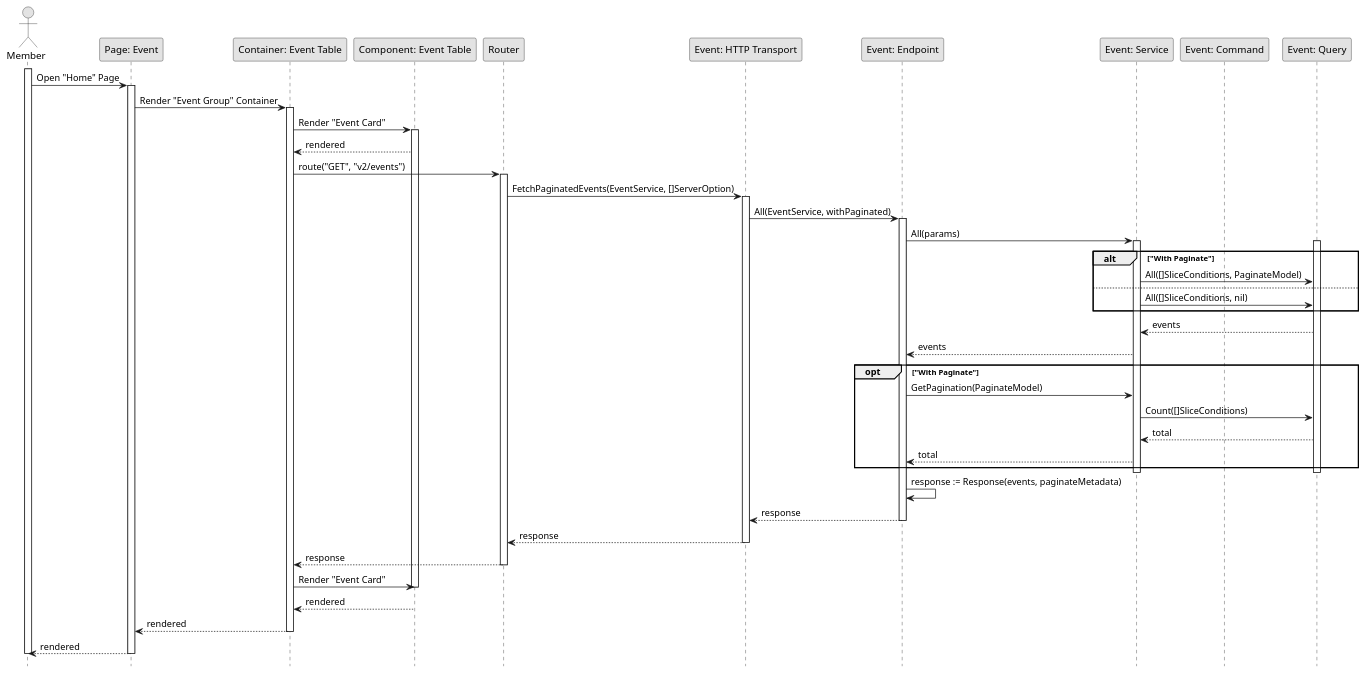
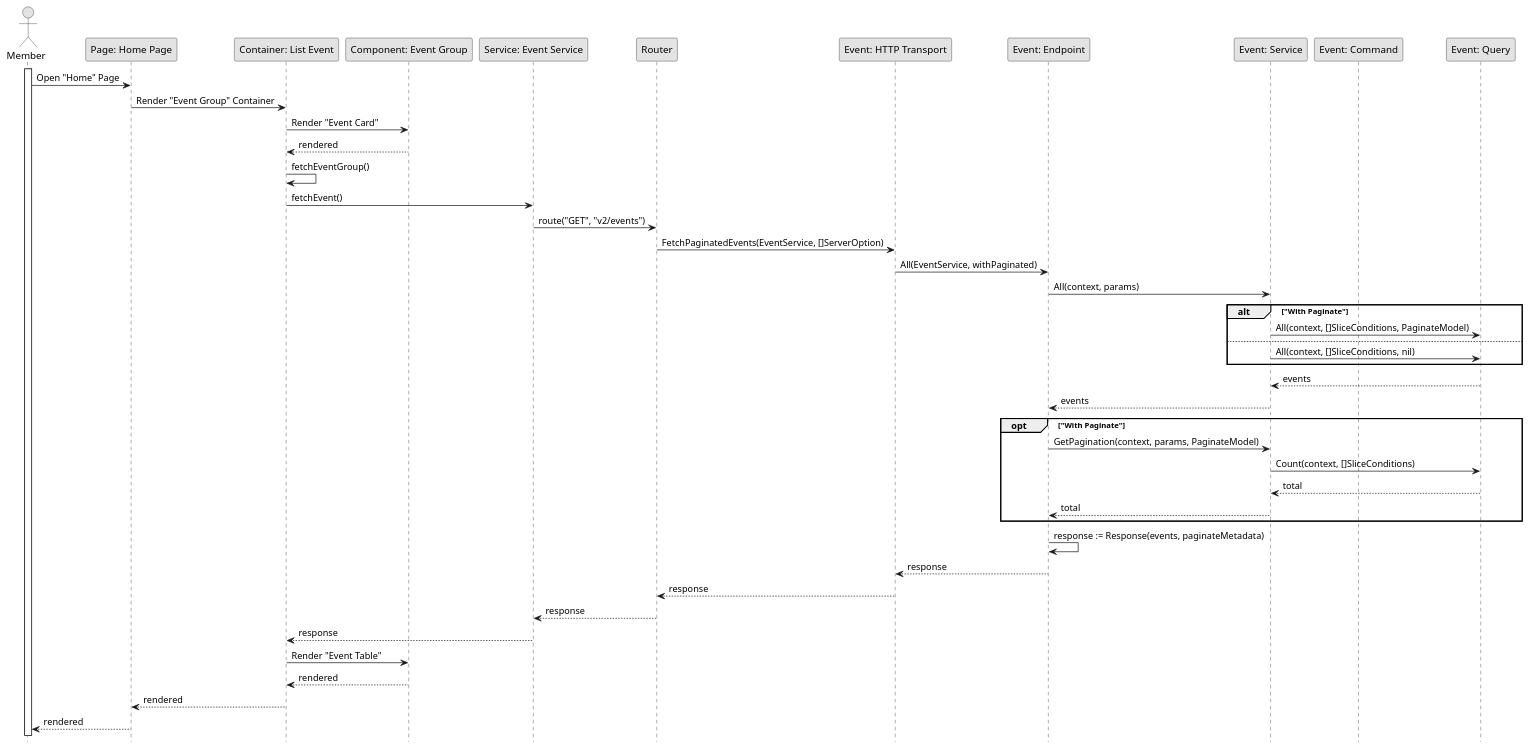
The diagram in Sequence/Release01/GetEvent_Member.wsd (fwidjaya20/fazzlearning-uml), drawn with PlantUML before and after one commit. The commit also changed 38 other files, not shown here.

Commit message:
fix(sequence): fix invalid sequence flow

```diff
--- a/Sequence/Release01/GetEvent_Member.wsd
+++ b/Sequence/Release01/GetEvent_Member.wsd
@@ -1,71 +1,57 @@
 @startuml GetEvent_Member
 
 skinparam Monochrome true
 skinparam Shadowing false
 hide footbox
 
 actor Member
-participant "Page: Event" as EventPage
-participant "Container: Event Table" as EventTableContainer
-participant "Component: Event Table" as EventTable
+participant "Page: Home Page" as HomePage
+participant "Container: List Event" as ListEventContainer
+participant "Component: Event Group" as EventGroup
+participant "Service: Event Service" as FEEventService
 participant "Router" as Router
 participant "Event: HTTP Transport" as EventHTTPTransport
 participant "Event: Endpoint" as EventEndpoint
 participant "Event: Service" as EventService
 participant "Event: Command" as EventCommand
 participant "Event: Query" as EventQuery
 
 activate Member
 
-Member->EventPage: Open "Home" Page
-activate EventPage
-EventPage->EventTableContainer: Render "Event Group" Container
-activate EventTableContainer
-EventTableContainer->EventTable: Render "Event Card"
-activate EventTable
-EventTable-->EventTableContainer: rendered
-EventTableContainer->Router: route("GET", "v2/events")
-activate Router
+Member->HomePage: Open "Home" Page
+HomePage->ListEventContainer: Render "Event Group" Container
+ListEventContainer->EventGroup: Render "Event Card"
+EventGroup-->ListEventContainer: rendered
+ListEventContainer->ListEventContainer: fetchEventGroup()
+ListEventContainer->FEEventService: fetchEvent()
+FEEventService->Router: route("GET", "v2/events")
 Router->EventHTTPTransport: FetchPaginatedEvents(EventService, []ServerOption)
-activate EventHTTPTransport
 EventHTTPTransport->EventEndpoint: All(EventService, withPaginated)
-activate EventEndpoint
-EventEndpoint->EventService: All(params)
+EventEndpoint->EventService: All(context, params)
 
-activate EventService
-activate EventQuery
 alt "With Paginate"
-    EventService->EventQuery: All([]SliceConditions, PaginateModel)
+    EventService->EventQuery: All(context, []SliceConditions, PaginateModel)
 else
-    EventService->EventQuery: All([]SliceConditions, nil)
+    EventService->EventQuery: All(context, []SliceConditions, nil)
 end
 EventQuery-->EventService: events
 EventService-->EventEndpoint: events
 
 opt "With Paginate"
-    EventEndpoint->EventService: GetPagination(PaginateModel)
-    EventService->EventQuery: Count([]SliceConditions)
+    EventEndpoint->EventService: GetPagination(context, params, PaginateModel)
+    EventService->EventQuery: Count(context, []SliceConditions)
     EventQuery-->EventService: total
     EventService-->EventEndpoint: total
 end
-deactivate EventQuery
-deactivate EventService
 
 EventEndpoint->EventEndpoint: response := Response(events, paginateMetadata)
 EventEndpoint-->EventHTTPTransport: response
-deactivate EventEndpoint
 EventHTTPTransport-->Router: response
-deactivate EventHTTPTransport
-Router-->EventTableContainer: response
-deactivate Router
-EventTableContainer->EventTable: Render "Event Card"
-deactivate EventTable
-EventTable-->EventTableContainer: rendered
-EventTableContainer-->EventPage: rendered
-deactivate EventTableContainer
-EventPage-->Member: rendered
-deactivate EventPage
-
-deactivate Member
+Router-->FEEventService: response
+FEEventService-->ListEventContainer: response
+ListEventContainer->EventGroup: Render "Event Table"
+EventGroup-->ListEventContainer: rendered
+ListEventContainer-->HomePage: rendered
+HomePage-->Member: rendered
 
 @enduml
```
